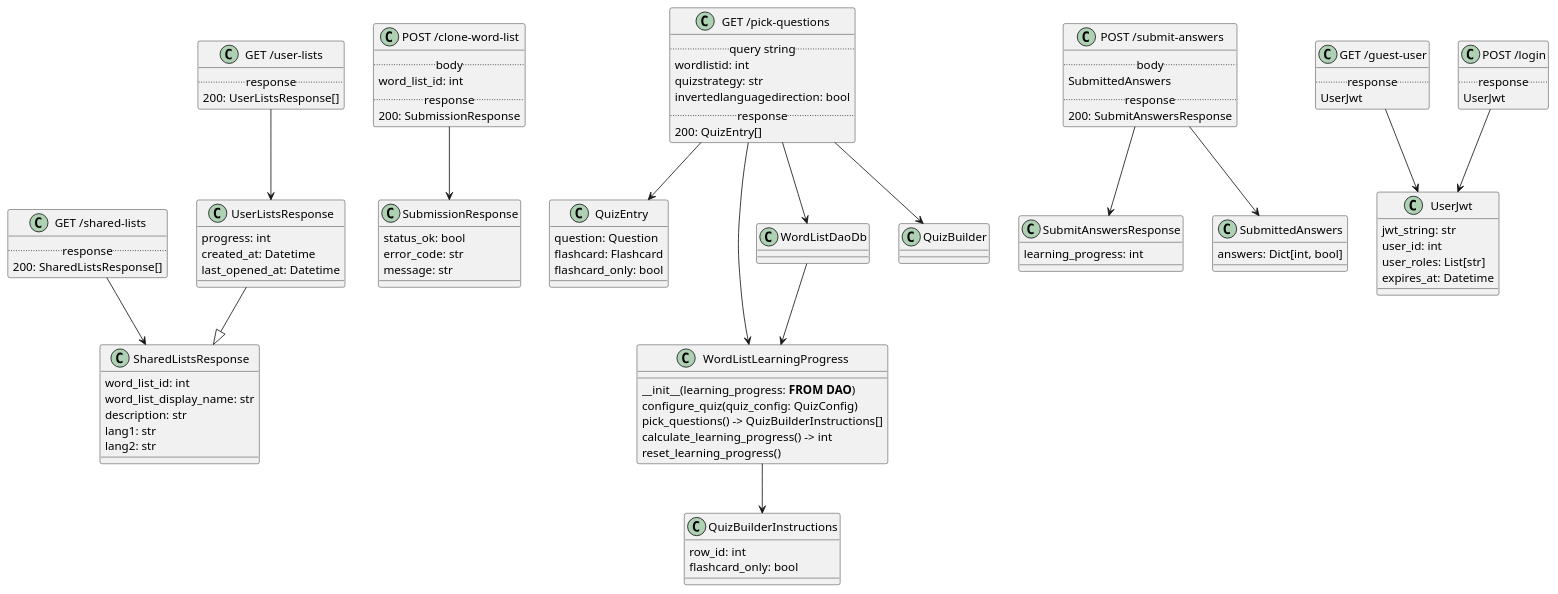
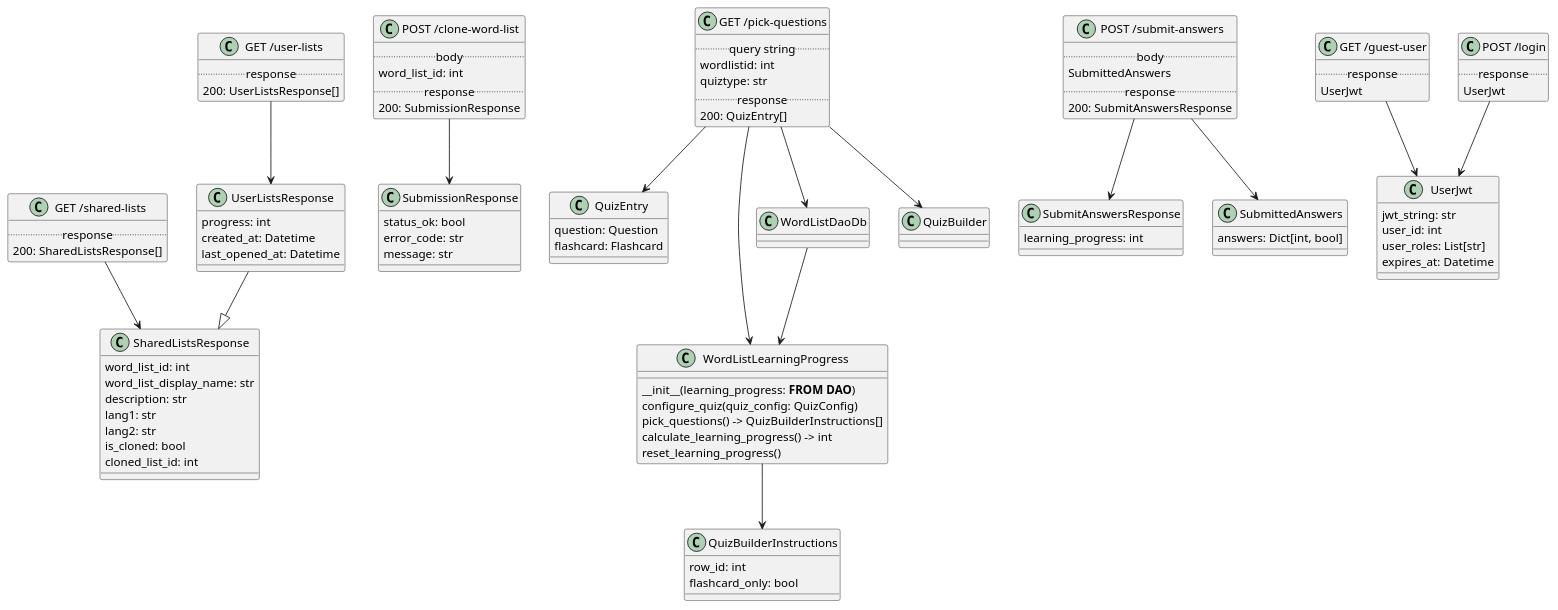
The diagram in docs/class_diagram.puml (robertradnai/vocabulary-srv), drawn with PlantUML before and after one commit. The commit also changed 1 other file, not shown here.

```diff
--- a/docs/class_diagram.puml
+++ b/docs/class_diagram.puml
@@ -2,134 +2,134 @@
 @startuml
 
 
 ' *****
 
 "GET /shared-lists" --> SharedListsResponse
 
 class "GET /shared-lists" {
    .. response ..
    200: SharedListsResponse[]
 }
 
 class SharedListsResponse {
     word_list_id: int
     word_list_display_name: str
     description: str
     lang1: str
     lang2: str
+    is_cloned: bool
+    cloned_list_id: int
 }
 
 ' *****
 
 "GET /user-lists" --> UserListsResponse
 class "GET /user-lists" {
    .. response ..
    200: UserListsResponse[]
 }
 
 UserListsResponse --|> SharedListsResponse
 class UserListsResponse {
     progress: int
     created_at: Datetime
     last_opened_at: Datetime
 }
 
 "POST /clone-word-list" --> SubmissionResponse
 class "POST /clone-word-list" {
    .. body ..
    word_list_id: int
    .. response ..
    200: SubmissionResponse
 }
 
 ' *****
 
 "GET /pick-questions" --> QuizEntry
 
 class "GET /pick-questions" {
    .. query string ..
    wordlistid: int
-   quizstrategy: str
-   invertedlanguagedirection: bool
+   quiztype: str
    .. response ..
    200: QuizEntry[]
 }
 
 class QuizEntry {
     question: Question
     flashcard: Flashcard
-    flashcard_only: bool
 }
 
 ' *****
 "POST /submit-answers" --> SubmitAnswersResponse
 "POST /submit-answers" --> SubmittedAnswers
 
 class "POST /submit-answers" {
    .. body ..
    SubmittedAnswers
    .. response ..
    200: SubmitAnswersResponse
 }
 
 class SubmissionResponse {
   status_ok: bool
   error_code: str
   message: str
 }
 
 class SubmitAnswersResponse {
     learning_progress: int
 }
 
 class SubmittedAnswers {
     answers: Dict[int, bool]
 }
 
 
 ' *****
 
 "GET /guest-user" --> UserJwt
 
 class "GET /guest-user" {
     .. response ..
     UserJwt
 }
 class UserJwt {
     jwt_string: str
     user_id: int
     user_roles: List[str]
     expires_at: Datetime
 }
 
 "POST /login" --> UserJwt
 class "POST /login" {
     .. response ..
     UserJwt
 }
 
 ' *****
 ' *****
 
 "GET /pick-questions" --> WordListLearningProgress
 "GET /pick-questions" --> WordListDaoDb
 "GET /pick-questions" --> QuizBuilder
 
 WordListDaoDb --> WordListLearningProgress
 WordListLearningProgress --> QuizBuilderInstructions
 
 
 class WordListLearningProgress {
     {method} __init__(learning_progress: **FROM DAO**)
     {method} configure_quiz(quiz_config: QuizConfig)
     {method} pick_questions() -> QuizBuilderInstructions[]
     {method} calculate_learning_progress() -> int
     {method} reset_learning_progress()
 }
 
 class QuizBuilderInstructions {
     row_id: int
     flashcard_only: bool
 }
 
 @enduml
```
